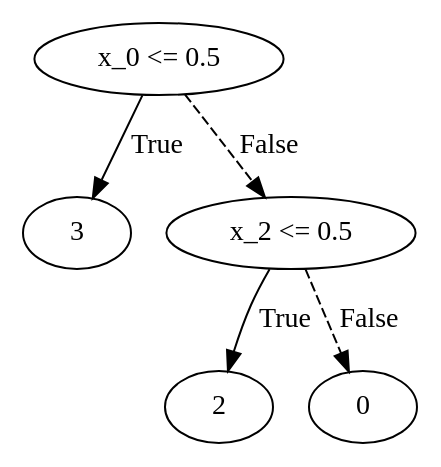
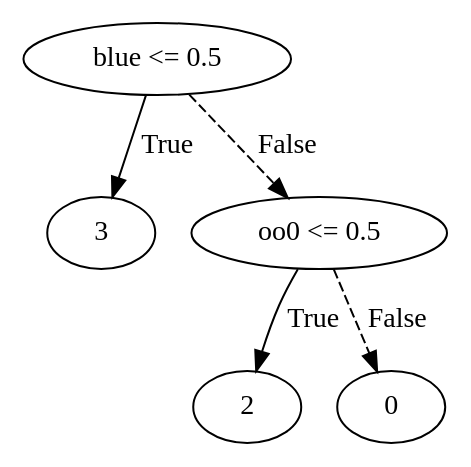
One commit to muqsit-azeem/pomdp-explainable-strategies changed the diagram in quantitative/explainable-fsc/problem-paynt-storm-combined-cutoffstrategy/memory-transitions/2/default.dot. Above: the diagram before and after it, drawn with Graphviz. The commit also changed 1006 other files, not shown here.

```diff
--- a/quantitative/explainable-fsc/problem-paynt-storm-combined-cutoffstrategy/memory-transitions/2/default.dot
+++ b/quantitative/explainable-fsc/problem-paynt-storm-combined-cutoffstrategy/memory-transitions/2/default.dot
@@ -1,12 +1,12 @@
 digraph {
-0 [label="x_0 <= 0.5"];
+0 [label="blue <= 0.5"];
 1 [label="3"];
 0 -> 1 [label="True"];
-2 [label="x_2 <= 0.5"];
+2 [label="oo0 <= 0.5"];
 3 [label="2"];
 2 -> 3 [label="True"];
 4 [label="0"];
 2 -> 4 [style="dashed", label="False"];
 0 -> 2 [style="dashed", label="False"];
 
 }
```
